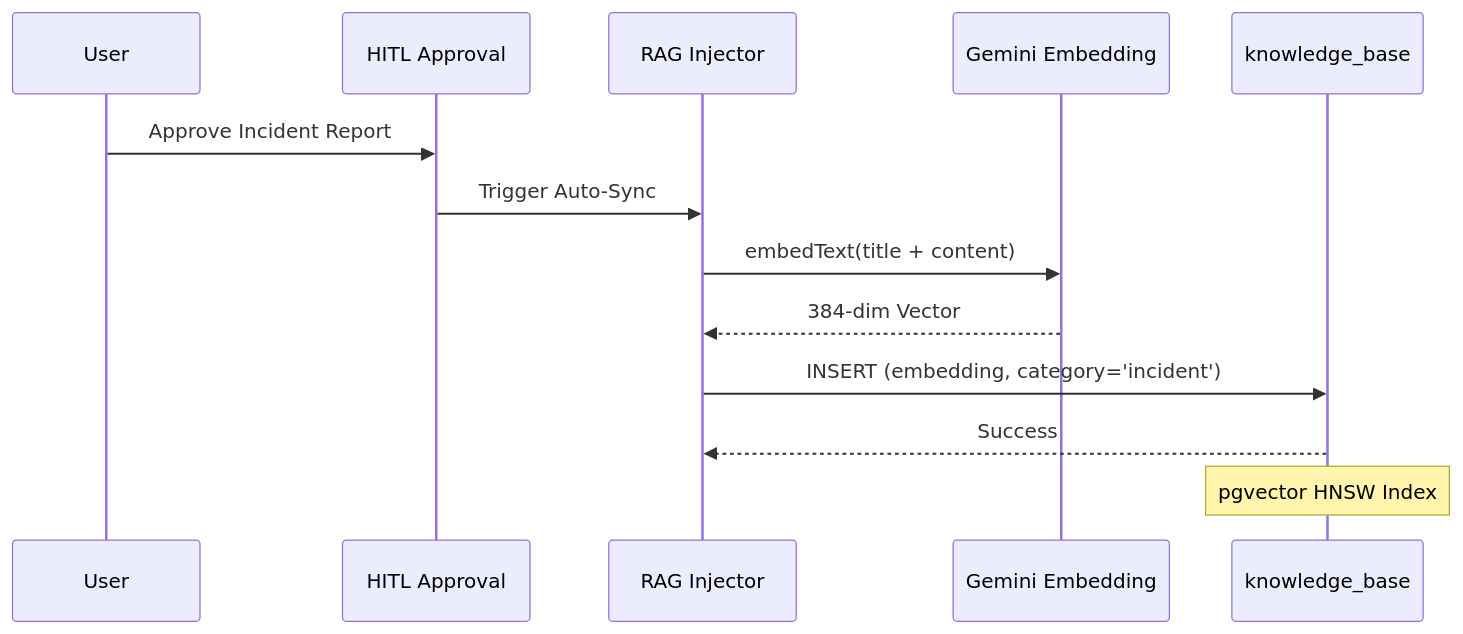
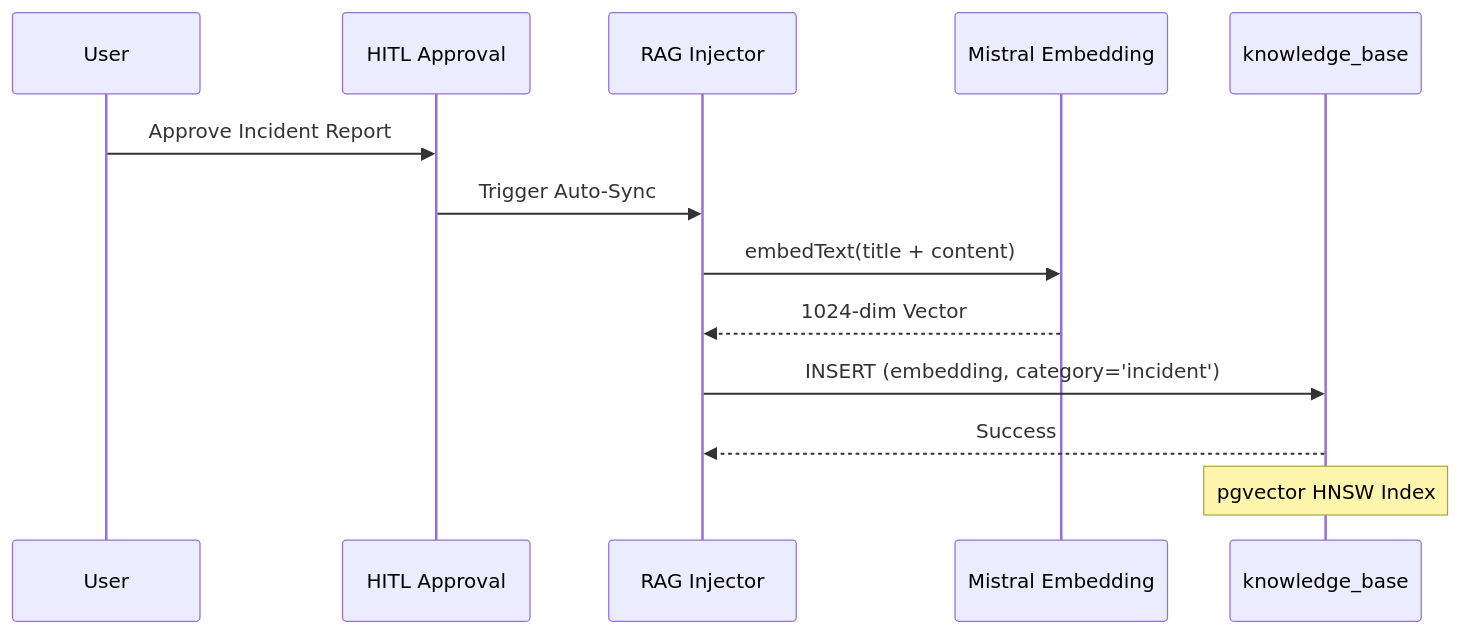
Before and after one commit to skyasu2/openmanager-vibe-v5: the third of 4 diagrams in docs/core/architecture/ai/ai-engine-architecture.md, drawn with Mermaid. The commit also changed other lines of this file and 7 other files, not shown here.

````diff
--- a/docs/core/architecture/ai/ai-engine-architecture.md
+++ b/docs/core/architecture/ai/ai-engine-architecture.md
@@ -381,16 +381,16 @@
 ```mermaid
 sequenceDiagram
     participant User
     participant HITL as HITL Approval
     participant Injector as RAG Injector
-    participant Gemini as Gemini Embedding
+    participant Mistral as Mistral Embedding
     participant KB as knowledge_base
 
     User->>HITL: Approve Incident Report
     HITL->>Injector: Trigger Auto-Sync
-    Injector->>Gemini: embedText(title + content)
-    Gemini-->>Injector: 384-dim Vector
+    Injector->>Mistral: embedText(title + content)
+    Mistral-->>Injector: 1024-dim Vector
     Injector->>KB: INSERT (embedding, category='incident')
     KB-->>Injector: Success
     Note over KB: pgvector HNSW Index
 ```
````
